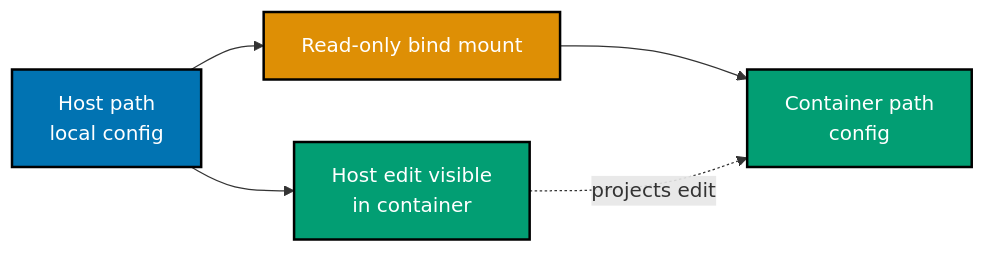
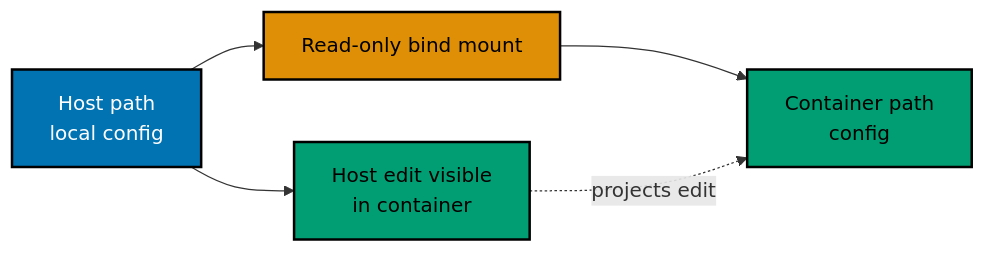
The second of 17 diagrams in apps/ayokoding-www/content/en/learn/courses/containers-and-orchestration/learning/intermediate.md (wahidyankf/ose-public), drawn with Mermaid before and after one commit. The commit also changed other lines of this file and 144 other files, not shown here.

First line of the commit message:
fix(mermaid): bring the first half of the courses diagrams onto the accessible palette

````diff
--- a/apps/ayokoding-www/content/en/learn/courses/containers-and-orchestration/learning/intermediate.md
+++ b/apps/ayokoding-www/content/en/learn/courses/containers-and-orchestration/learning/intermediate.md
@@ -54,14 +57,17 @@
 ```mermaid
 %% Color Palette: Blue #0173B2, Orange #DE8F05, Teal #029E73; color-blind friendly WCAG AA palette
 graph LR
+    accTitle: Example 29: Bind mount
+    accDescr: Graph with 4 nodes and 3 connections. Nodes: Host path local config, Read-only bind mount, Container path config, Host edit visible in container. Connections: Host path local config to Read-only bind mount, Read-only bind mount to Container path config, Host path local config to Host edit visible in container.
     H["Host path<br/>local config"]:::blue
     M["Read-only bind mount"]:::orange
     C["Container path<br/>config"]:::teal
     E["Host edit visible<br/>in container"]:::teal
     H --> M --> C
     H --> E
     E -. "projects edit" .-> C
     classDef blue fill:#0173B2,stroke:#000000,color:#FFFFFF,stroke-width:2px
-    classDef teal fill:#029E73,stroke:#000000,color:#FFFFFF,stroke-width:2px
-    classDef orange fill:#DE8F05,stroke:#000000,color:#FFFFFF,stroke-width:2px
+    classDef teal fill:#029E73,stroke:#000000,color:#000000,stroke-width:2px
+    classDef orange fill:#DE8F05,stroke:#000000,color:#000000,stroke-width:2px
+    classDef default fill:#FFFFFF,stroke:#000000,color:#000000
 ```
````
